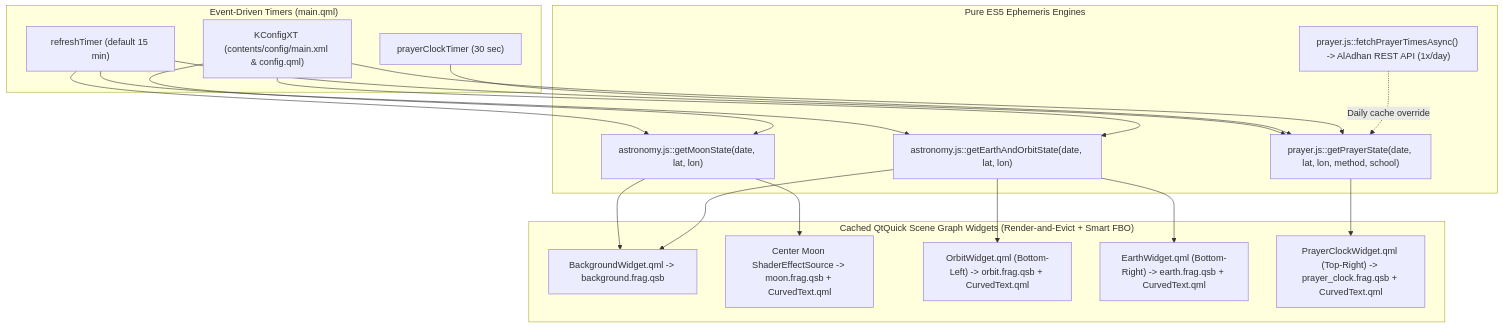
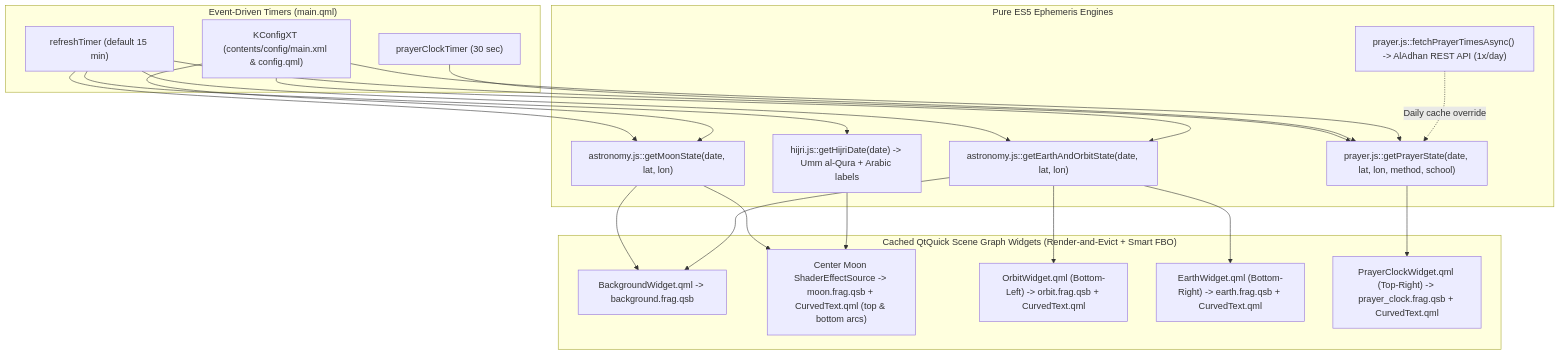
Before and after one commit to hadealahmad/kde-moonphase-wallpaper: the diagram in README.md, drawn with Mermaid. The commit also changed other lines of this file and 6 other files, not shown here.

First line of the commit message:
feat(moon): add Umm al-Qura Hijri date arcs above and below the Moon

````diff
--- a/README.md
+++ b/README.md
@@ -149,39 +151,42 @@
 ```mermaid
 graph TD
     subgraph Timers["Event-Driven Timers (main.qml)"]
         T15["refreshTimer (default 15 min)"]
         T30["prayerClockTimer (30 sec)"]
         CFG["KConfigXT (contents/config/main.xml & config.qml)"]
     end
 
     subgraph Ephemeris["Pure ES5 Ephemeris Engines"]
         AST["astronomy.js::getMoonState(date, lat, lon)"]
         ORB["astronomy.js::getEarthAndOrbitState(date, lat, lon)"]
+        HIJ["hijri.js::getHijriDate(date) -> Umm al-Qura + Arabic labels"]
         PRY["prayer.js::getPrayerState(date, lat, lon, method, school)"]
         API["prayer.js::fetchPrayerTimesAsync() -> AlAdhan REST API (1x/day)"]
     end
 
     subgraph Widgets["Cached QtQuick Scene Graph Widgets (Render-and-Evict + Smart FBO)"]
         BG["BackgroundWidget.qml -> background.frag.qsb"]
-        MN["Center Moon ShaderEffectSource -> moon.frag.qsb + CurvedText.qml"]
+        MN["Center Moon ShaderEffectSource -> moon.frag.qsb + CurvedText.qml (top & bottom arcs)"]
         OR["OrbitWidget.qml (Bottom-Left) -> orbit.frag.qsb + CurvedText.qml"]
         EA["EarthWidget.qml (Bottom-Right) -> earth.frag.qsb + CurvedText.qml"]
         PC["PrayerClockWidget.qml (Top-Right) -> prayer_clock.frag.qsb + CurvedText.qml"]
     end
 
     T15 --> AST
     T15 --> ORB
+    T15 --> HIJ
     T15 --> PRY
     T30 --> PRY
     CFG --> AST
     CFG --> ORB
     CFG --> PRY
     API -. "Daily cache override" .-> PRY
 
     AST --> BG
     ORB --> BG
     AST --> MN
+    HIJ --> MN
     ORB --> OR
     ORB --> EA
     PRY --> PC
 ```
````
